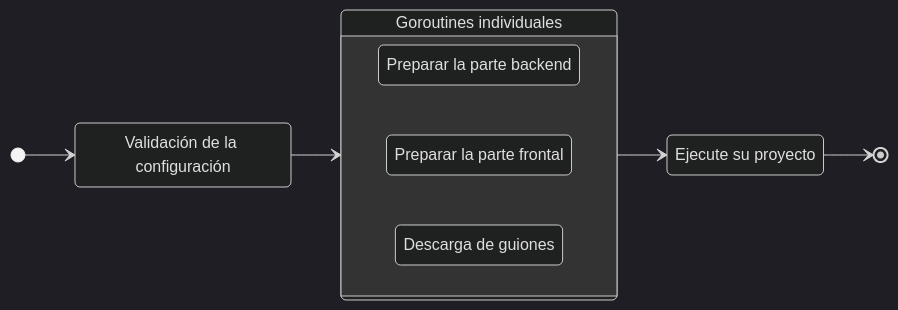
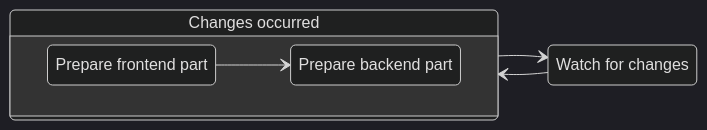
One commit to gowebly/docs changed the diagram in docs/es/complete-user-guide/run-your-project.md. Above: the diagram before and after it, drawn with Mermaid (dark theme). The commit also changed other lines of this file and 39 other files, not shown here.

````diff
--- a/docs/es/complete-user-guide/run-your-project.md
+++ b/docs/es/complete-user-guide/run-your-project.md
@@ -45,20 +37,14 @@
 ```mermaid
 stateDiagram-v2
-    Validation: Validación de la configuración
-    Backend: Preparar la parte backend
-    Frontend: Preparar la parte frontal
-    Downloading: Descarga de guiones
-    Goroutines: Goroutines individuales
-    Run: Ejecute su proyecto
+    Backend: Prepare backend part
+    Frontend: Prepare frontend part
+    Watch: Watch for changes
+    Changes: Changes occurred
     direction LR
-    [*] --> Validation
-    Validation --> Goroutines
-    state Goroutines {
-        direction LR
-        Backend
-        Frontend
-        Downloading
+    Watch --> Changes
+    state Changes {
+      direction LR
+      Frontend --> Backend
     }
-    Goroutines --> Run
-    Run --> [*]
+    Changes --> Watch
 ```
````
